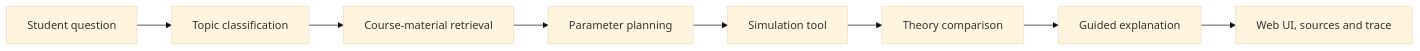
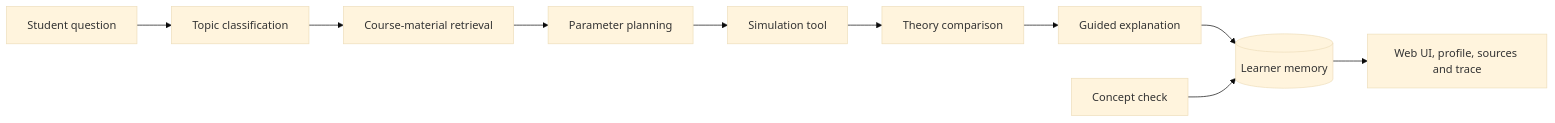
The diagram in README.md (JW35711/ai-tutor-for-stochastic-processes), drawn with Mermaid (base theme) before and after one commit. The commit also changed other lines of this file and 22 other files, not shown here.

````diff
--- a/README.md
+++ b/README.md
@@ -88,10 +89,12 @@
 ```mermaid
 flowchart LR
     U[Student question] --> C[Topic classification]
     C --> R[Course-material retrieval]
     R --> P[Parameter planning]
     P --> T[Simulation tool]
     T --> V[Theory comparison]
     V --> E[Guided explanation]
-    E --> UI[Web UI, sources and trace]
+    E --> M[(Learner memory)]
+    QZ[Concept check] --> M
+    M --> UI[Web UI, profile, sources and trace]
 ```
````
